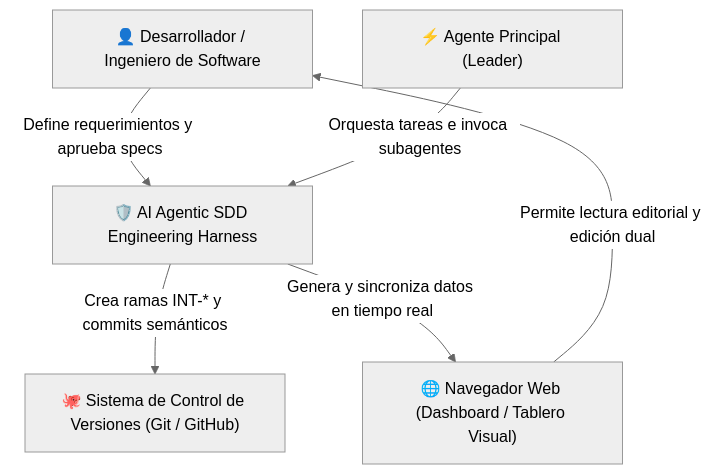
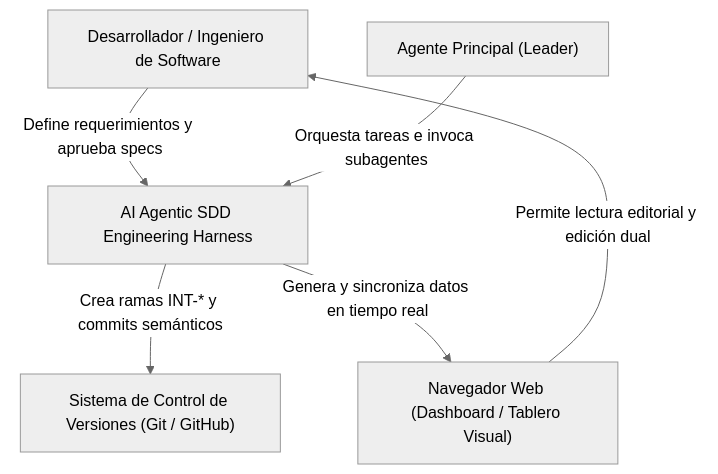
One commit to Nayid4/ContextForge changed the first of 3 diagrams in project-docs/knowledge/c4-model.md. Above: the diagram before and after it, drawn with Mermaid (neutral theme). The commit also changed other lines of this file and 32 other files, not shown here.

````diff
--- a/project-docs/knowledge/c4-model.md
+++ b/project-docs/knowledge/c4-model.md
@@ -12,14 +12,14 @@
 ```mermaid
 flowchart TD
-  userDeveloper["👤 Desarrollador / Ingeniero de Software"]
-  agentLeader["⚡ Agente Principal (Leader)"]
-  harnessSystem["🛡️ AI Agentic SDD Engineering Harness"]
-  gitSystem["🐙 Sistema de Control de Versiones (Git / GitHub)"]
-  browserUser["🌐 Navegador Web (Dashboard / Tablero Visual)"]
+  userDeveloper["Desarrollador / Ingeniero de Software"]
+  agentLeader["Agente Principal (Leader)"]
+  harnessSystem["AI Agentic SDD Engineering Harness"]
+  gitSystem["Sistema de Control de Versiones (Git / GitHub)"]
+  browserUser["Navegador Web (Dashboard / Tablero Visual)"]
 
   userDeveloper -->|"Define requerimientos y aprueba specs"| harnessSystem
   agentLeader -->|"Orquesta tareas e invoca subagentes"| harnessSystem
   harnessSystem -->|"Crea ramas INT-* y commits semánticos"| gitSystem
   harnessSystem -->|"Genera y sincroniza datos en tiempo real"| browserUser
   browserUser -->|"Permite lectura editorial y edición dual"| userDeveloper
 ```
````
